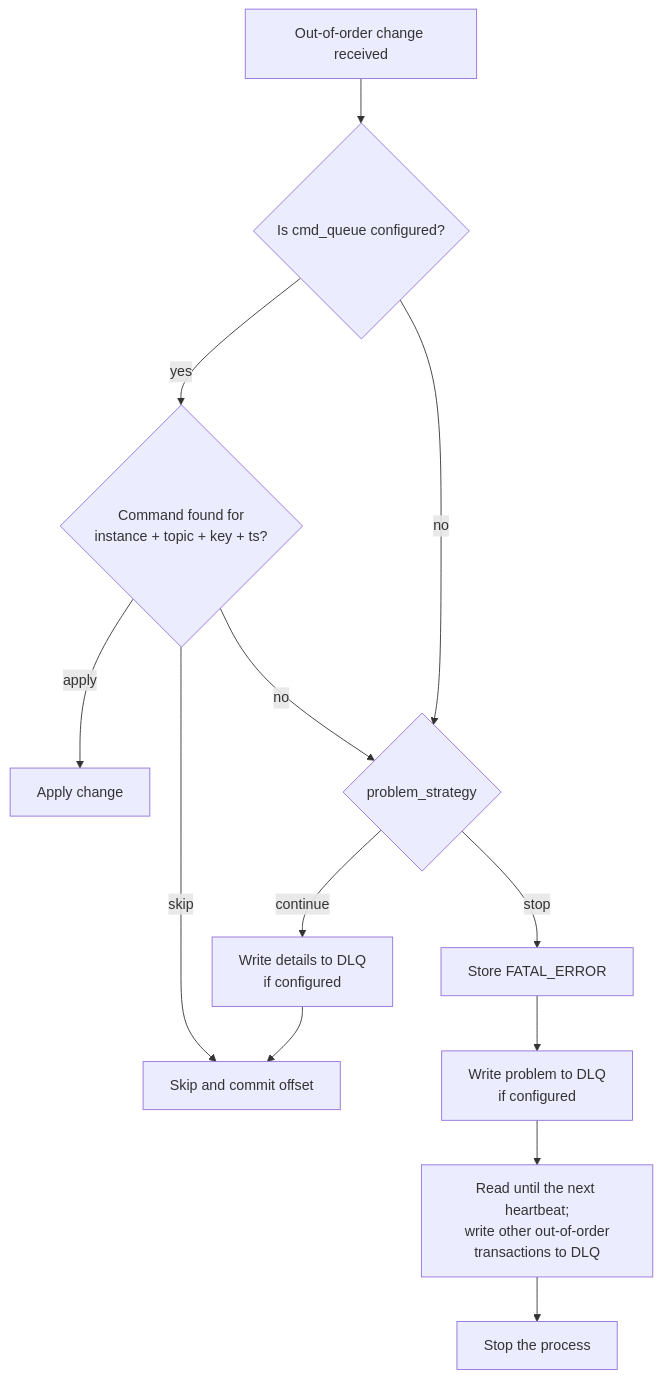
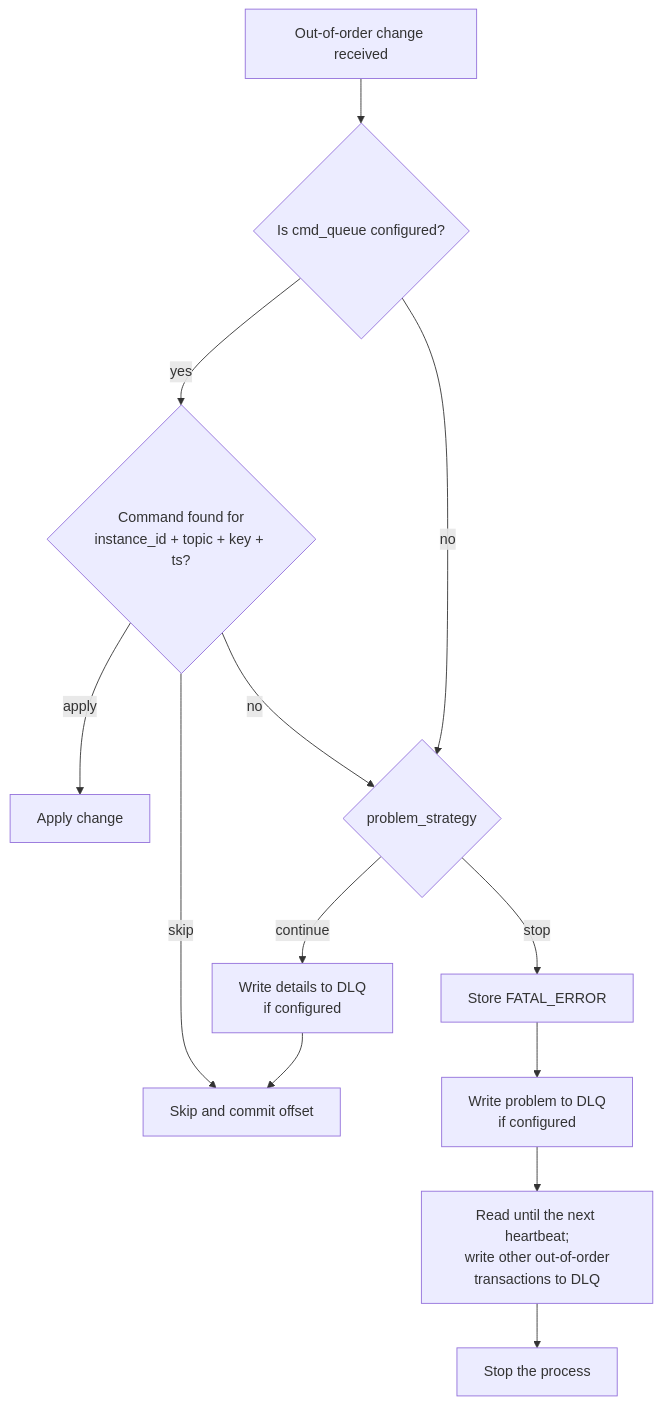
One commit to ydb-platform/aardappel changed the fourth of 8 diagrams in README.md. Above: the diagram before and after it, drawn with Mermaid. The commit also changed other lines of this file and 7 other files, not shown here.

````diff
--- a/README.md
+++ b/README.md
@@ -584,15 +649,15 @@
 ```mermaid
 flowchart TD
     O[Out-of-order change received] --> C{Is cmd_queue configured?}
-    C -->|yes| F{Command found for<br/>instance + topic + key + ts?}
+    C -->|yes| F{Command found for<br/>instance_id + topic + key + ts?}
     F -->|apply| A[Apply change]
     F -->|skip| S[Skip and commit offset]
     F -->|no| P{problem_strategy}
     C -->|no| P
     P -->|continue| D[Write details to DLQ<br/>if configured]
     D --> S
     P -->|stop| E[Store FATAL_ERROR]
     E --> SD[Write problem to DLQ<br/>if configured]
     SD --> R[Read until the next heartbeat;<br/>write other out-of-order<br/>transactions to DLQ]
     R --> X[Stop the process]
 ```
````
